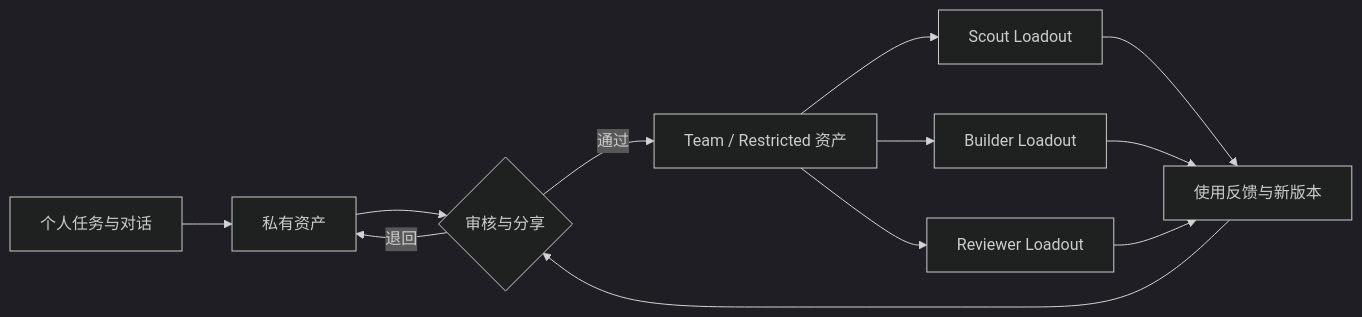
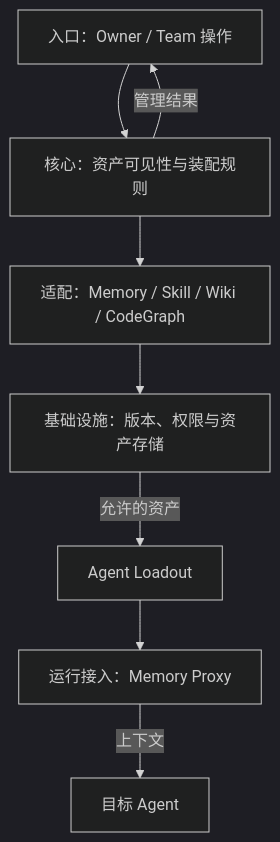
The first of 2 diagrams in src/content/writing/tencentdb-agent-memory-governance.md (MarkingYang/aidea-lab), drawn with Mermaid (dark theme) before and after one commit. The commit also changed other lines of this file and 37 other files, not shown here.

````diff
--- a/src/content/writing/tencentdb-agent-memory-governance.md
+++ b/src/content/writing/tencentdb-agent-memory-governance.md
@@ -18,14 +26,10 @@
 ```mermaid
-flowchart LR
-  A[个人任务与对话] --> B[私有资产]
-  B --> C{审核与分享}
-  C -->|通过| D[Team / Restricted 资产]
-  C -->|退回| B
-  D --> E[Scout Loadout]
-  D --> F[Builder Loadout]
-  D --> G[Reviewer Loadout]
-  E --> H[使用反馈与新版本]
-  F --> H
-  G --> H
-  H --> C
+flowchart TB
+ U[入口：Owner / Team 操作] --> C[核心：资产可见性与装配规则]
+ C --> A[适配：Memory / Skill / Wiki / CodeGraph]
+ A --> D[基础设施：版本、权限与资产存储]
+ D -->|允许的资产| L[Agent Loadout]
+ L --> P[运行接入：Memory Proxy]
+ P -->|上下文| G[目标 Agent]
+ C -->|管理结果| U
 ```
````
